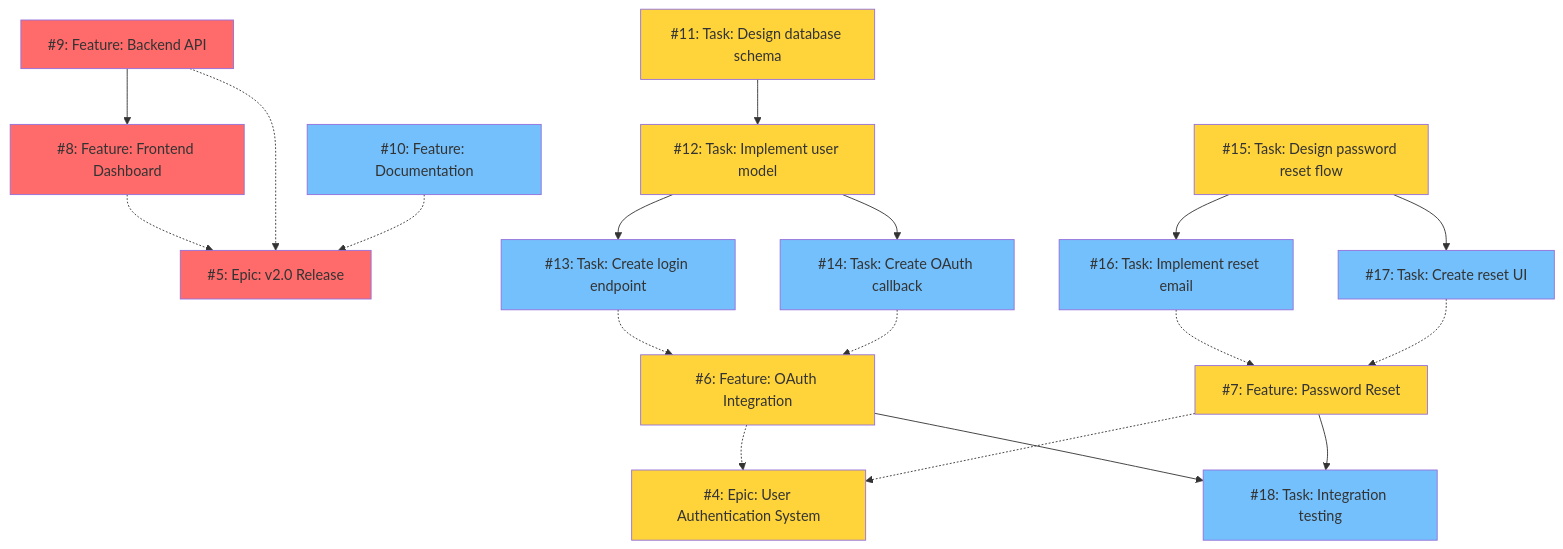
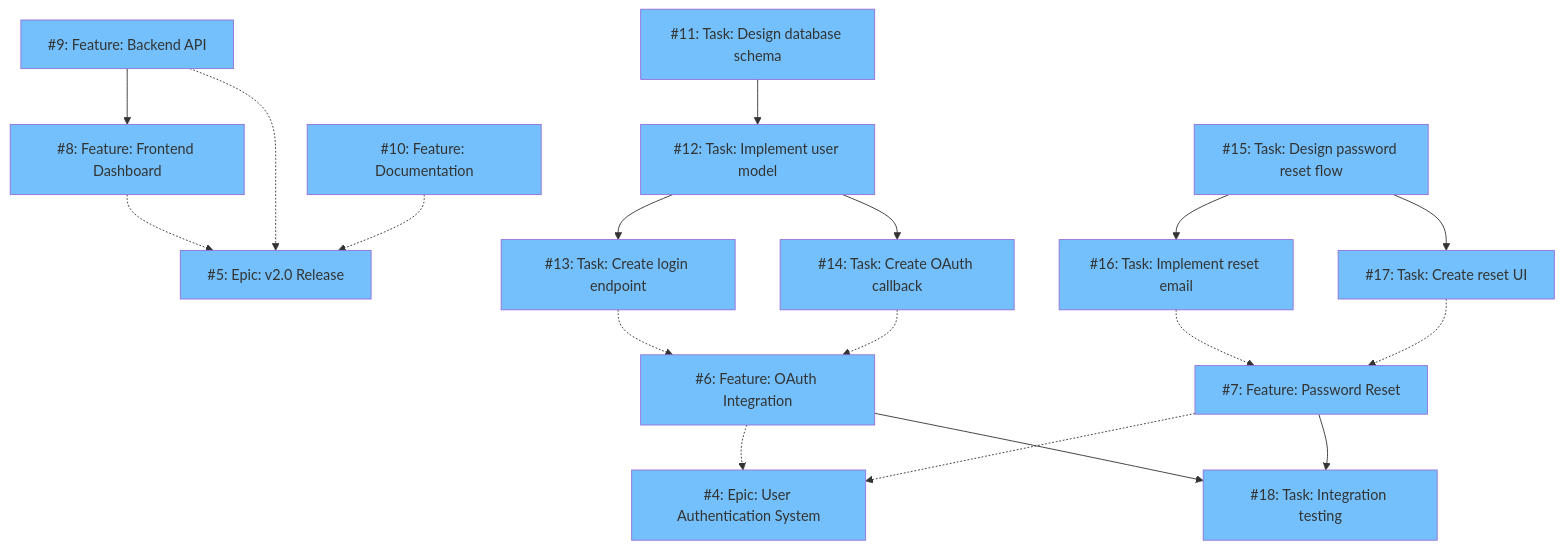
The diagram in docs/sample-issues.md (krhrtky/github-issue-visualizer), drawn with Mermaid before and after one commit. The commit also changed other lines of this file and 2 other files, not shown here.

````diff
--- a/docs/sample-issues.md
+++ b/docs/sample-issues.md
@@ -130,53 +130,53 @@
 ```mermaid
 graph TD
 
     N6 -.-> N4
     N7 -.-> N4
     N8 -.-> N5
     N9 -.-> N5
     N10 -.-> N5
     N13 -.-> N6
     N14 -.-> N6
     N16 -.-> N7
     N17 -.-> N7
     N9 --> N8
     N11 --> N12
     N12 --> N13
     N12 --> N14
     N15 --> N16
     N15 --> N17
     N6 --> N18
     N7 --> N18
 
     N4["#4: Epic: User Authentication System"]
     N5["#5: Epic: v2.0 Release"]
     N6["#6: Feature: OAuth Integration"]
     N7["#7: Feature: Password Reset"]
     N8["#8: Feature: Frontend Dashboard"]
     N9["#9: Feature: Backend API"]
     N10["#10: Feature: Documentation"]
     N11["#11: Task: Design database schema"]
     N12["#12: Task: Implement user model"]
     N13["#13: Task: Create login endpoint"]
     N14["#14: Task: Create OAuth callback"]
     N15["#15: Task: Design password reset flow"]
     N16["#16: Task: Implement reset email"]
     N17["#17: Task: Create reset UI"]
     N18["#18: Task: Integration testing"]
 
-    style N4 fill:#ffd43b
-    style N5 fill:#ff6b6b
-    style N6 fill:#ffd43b
-    style N7 fill:#ffd43b
-    style N8 fill:#ff6b6b
-    style N9 fill:#ff6b6b
+    style N4 fill:#74c0fc
+    style N5 fill:#74c0fc
+    style N6 fill:#74c0fc
+    style N7 fill:#74c0fc
+    style N8 fill:#74c0fc
+    style N9 fill:#74c0fc
     style N10 fill:#74c0fc
-    style N11 fill:#ffd43b
-    style N12 fill:#ffd43b
+    style N11 fill:#74c0fc
+    style N12 fill:#74c0fc
     style N13 fill:#74c0fc
     style N14 fill:#74c0fc
-    style N15 fill:#ffd43b
+    style N15 fill:#74c0fc
     style N16 fill:#74c0fc
     style N17 fill:#74c0fc
     style N18 fill:#74c0fc
 ```
````
